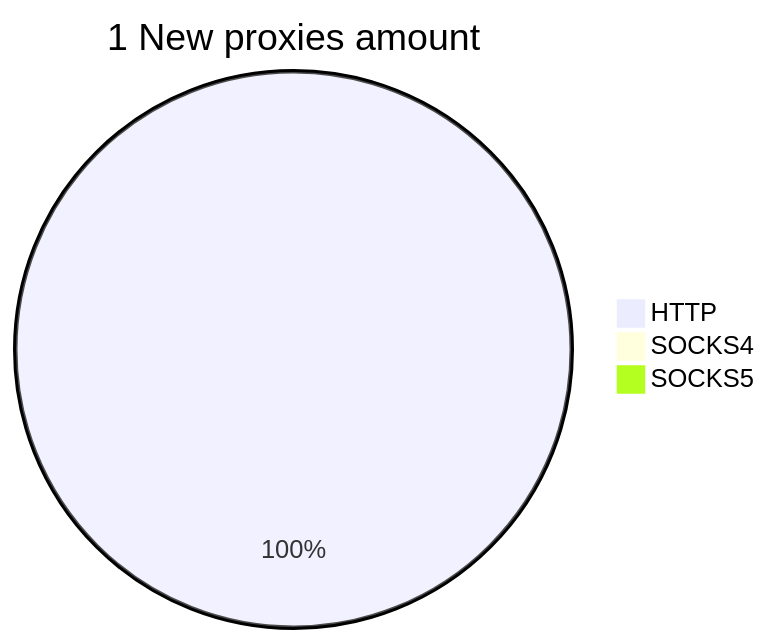
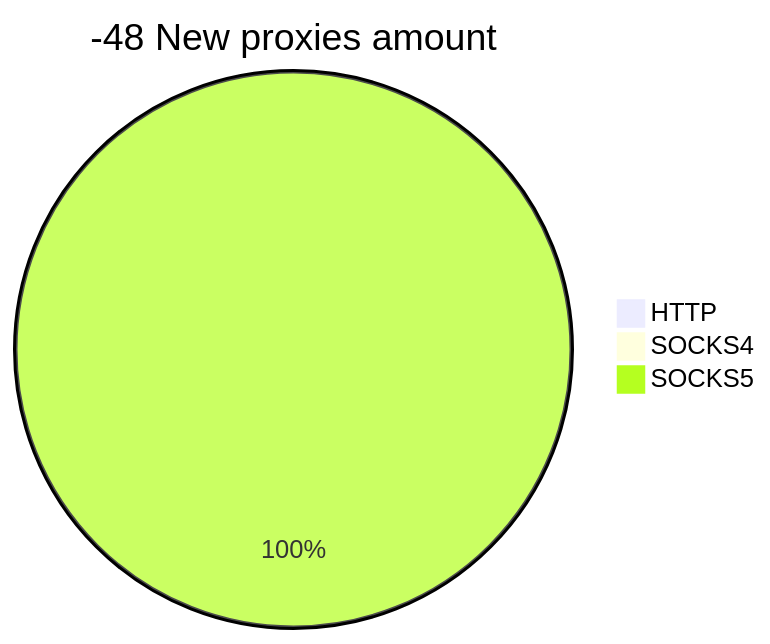
The second of 2 diagrams in README.md (cutipu/proxylist), drawn with Mermaid before and after one commit. The commit also changed other lines of this file, not shown here.

````diff
--- a/README.md
+++ b/README.md
@@ -10,6 +10,6 @@
 ```mermaid
-pie title 1 New proxies amount
-    "HTTP" : 1
+pie title -48 New proxies amount
+    "HTTP" : 0
     "SOCKS4" : 0
-    "SOCKS5" : 0
+    "SOCKS5" : 2
 ```
````
